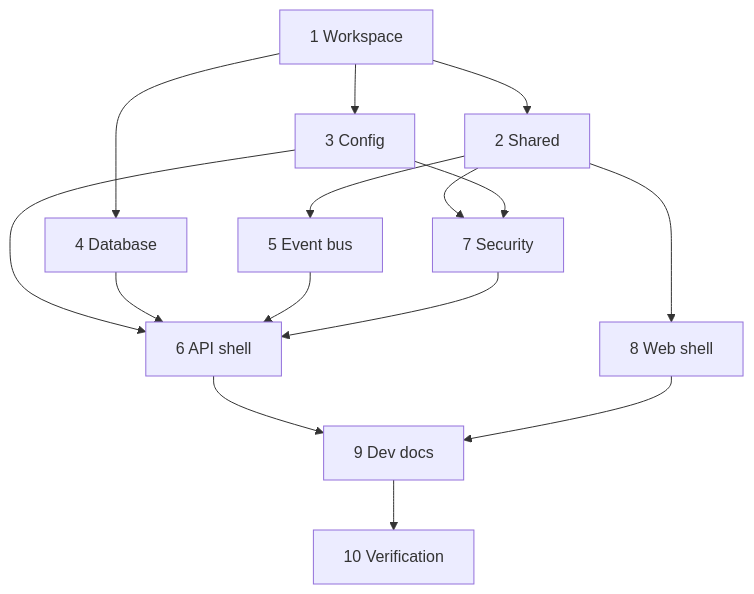
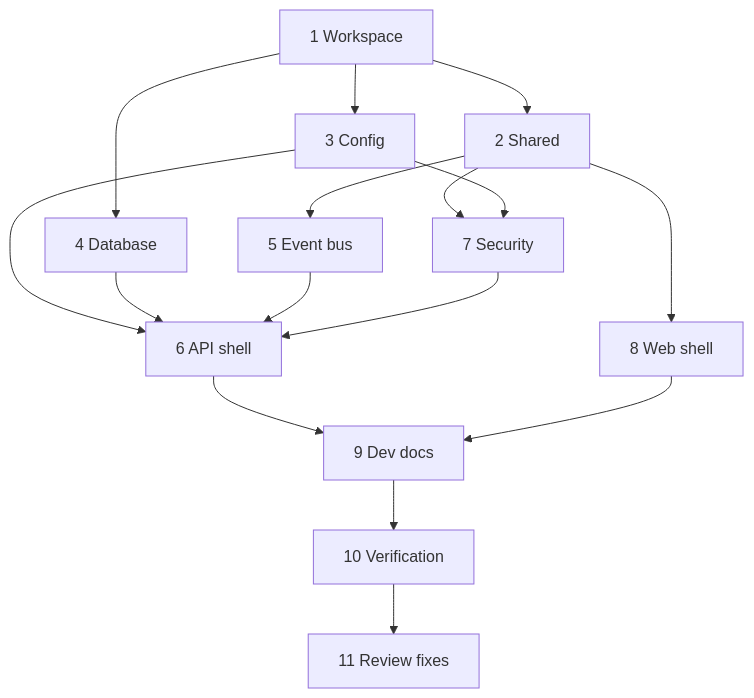
One commit to Akar-Samudra-Artifisial/Haunted-Ops changed the diagram in .kiro/specs/foundation/tasks.md. Above: the diagram before and after it, drawn with Mermaid. The commit also changed other lines of this file and 105 other files, not shown here.

````diff
--- a/.kiro/specs/foundation/tasks.md
+++ b/.kiro/specs/foundation/tasks.md
@@ -143,17 +171,18 @@
 ```mermaid
 graph TD
   T1[1 Workspace] --> T2[2 Shared]
   T1 --> T3[3 Config]
   T1 --> T4[4 Database]
   T2 --> T5[5 Event bus]
   T2 --> T7[7 Security]
   T3 --> T7
   T2 --> T8[8 Web shell]
   T3 --> T6[6 API shell]
   T4 --> T6
   T5 --> T6
   T7 --> T6
   T6 --> T9[9 Dev docs]
   T8 --> T9
   T9 --> T10[10 Verification]
+  T10 --> T11[11 Review fixes]
 ```
````
